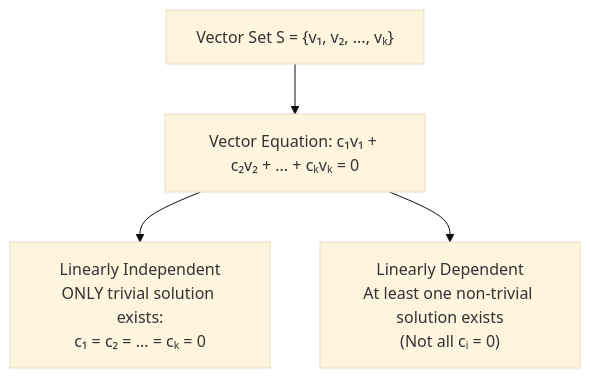
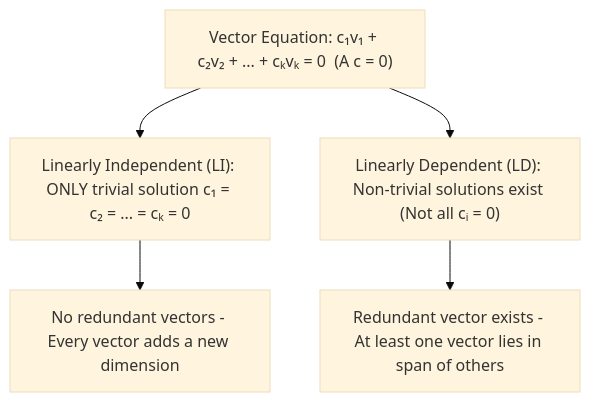
Before and after one commit to aidocmr/learn-bscs: the first of 2 diagrams in content/Year 1/Linear Algebra with MATLAB/6. Linear Combinations, Span, and Linear Independence.md, drawn with Mermaid (base theme). The commit also changed other lines of this file, not shown here.

Commit message:
feat: Expand Linear Combinations, Span, and Linear Independence with examples and step-by-step guide

````diff
--- a/content/Year 1/Linear Algebra with MATLAB/6. Linear Combinations, Span, and Linear Independence.md
+++ b/content/Year 1/Linear Algebra with MATLAB/6. Linear Combinations, Span, and Linear Independence.md
@@ -35,6 +68,8 @@
 ```mermaid
-graph TD
-    Independence["Vector Set S = {v₁, v₂, ..., vₖ}"] --> Eq["Vector Equation: c₁v₁ + c₂v₂ + ... + cₖvₖ = 0"]
-    Eq --> LI["Linearly Independent<br/>ONLY trivial solution exists:<br/>c₁ = c₂ = ... = cₖ = 0"]
-    Eq --> LD["Linearly Dependent<br/>At least one non-trivial solution exists<br/>(Not all cᵢ = 0)"]
+flowchart TD
+    Eq["Vector Equation: c₁v₁ + c₂v₂ + ... + cₖvₖ = 0  (A c = 0)"]
+    Eq --> LI["Linearly Independent (LI): ONLY trivial solution c₁ = c₂ = ... = cₖ = 0"]
+    Eq --> LD["Linearly Dependent (LD): Non-trivial solutions exist (Not all cᵢ = 0)"]
+    LI --> NoRedundancy["No redundant vectors - Every vector adds a new dimension"]
+    LD --> HasRedundancy["Redundant vector exists - At least one vector lies in span of others"]
 ```
````
